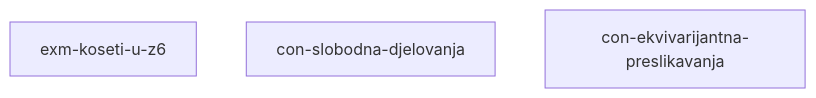
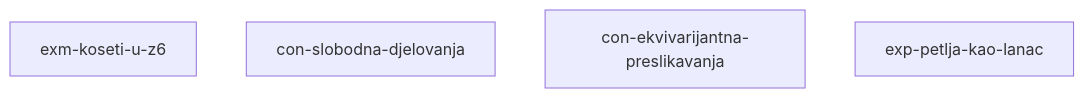
One commit to matsek-fer/reader changed the fifth of 7 diagrams in examples/mini-vault/views/dag.md. Above: the diagram before and after it, drawn with Mermaid. The commit also changed other lines of this file and 376 other files, not shown here.

````diff
--- a/examples/mini-vault/views/dag.md
+++ b/examples/mini-vault/views/dag.md
@@ -86,6 +86,7 @@
 ```mermaid
 graph TD
     exm_koseti_u_z6["exm-koseti-u-z6"]
     con_slobodna_djelovanja["con-slobodna-djelovanja"]
     con_ekvivarijantna_preslikavanja["con-ekvivarijantna-preslikavanja"]
+    exp_petlja_kao_lanac["exp-petlja-kao-lanac"]
 ```
````
